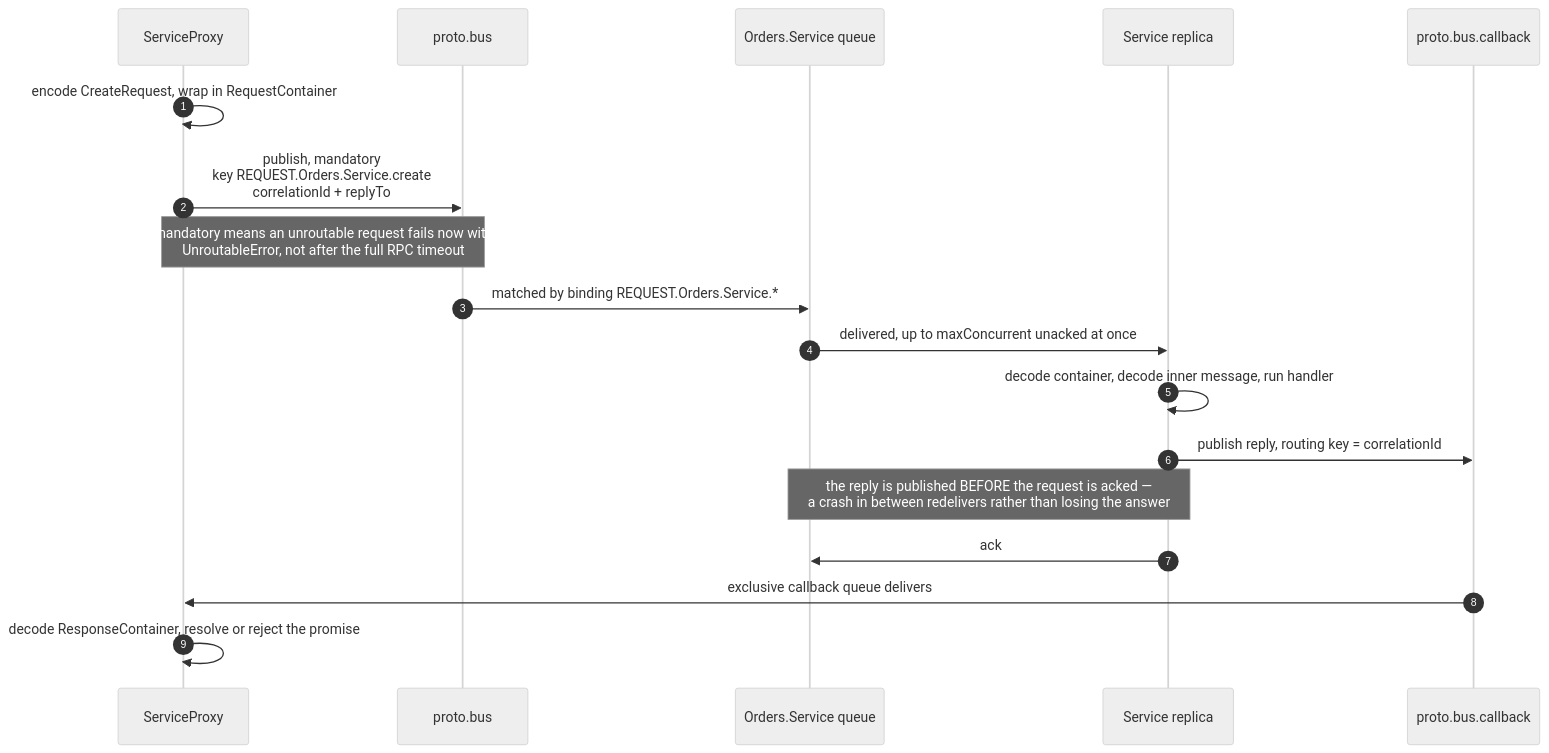
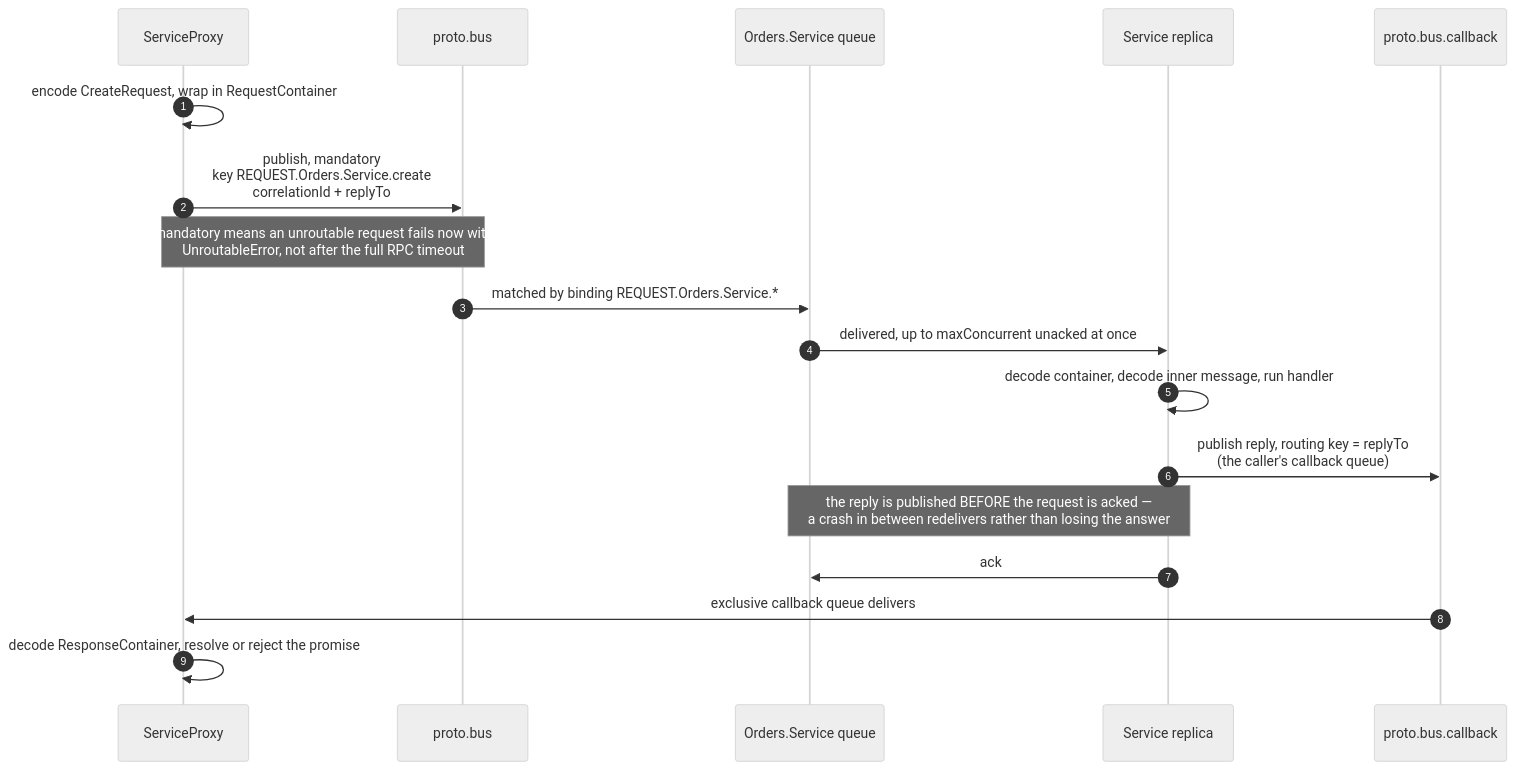
Before and after one commit to ArielLaub/protobus: the third of 6 diagrams in docs/concepts/architecture.md, drawn with Mermaid (neutral theme). The commit also changed other lines of this file and 16 other files, not shown here.

First line of the commit message:
docs: render every Mermaid diagram, and fix the one that did not

````diff
--- a/docs/concepts/architecture.md
+++ b/docs/concepts/architecture.md
@@ -107,21 +107,21 @@
 ```mermaid
 sequenceDiagram
     autonumber
     participant C as ServiceProxy
     participant B as proto.bus
     participant Q as Orders.Service queue
     participant S as Service replica
     participant K as proto.bus.callback
 
     C->>C: encode CreateRequest, wrap in RequestContainer
     C->>B: publish, mandatory<br/>key REQUEST.Orders.Service.create<br/>correlationId + replyTo
     Note over C,B: mandatory means an unroutable request fails now with<br/>UnroutableError, not after the full RPC timeout
     B->>Q: matched by binding REQUEST.Orders.Service.*
     Q->>S: delivered, up to maxConcurrent unacked at once
     S->>S: decode container, decode inner message, run handler
-    S->>K: publish reply, routing key = correlationId
+    S->>K: publish reply, routing key = replyTo<br/>(the caller's callback queue)
     Note over S,Q: the reply is published BEFORE the request is acked —<br/>a crash in between redelivers rather than losing the answer
     S->>Q: ack
     K->>C: exclusive callback queue delivers
     C->>C: decode ResponseContainer, resolve or reject the promise
 ```
````
